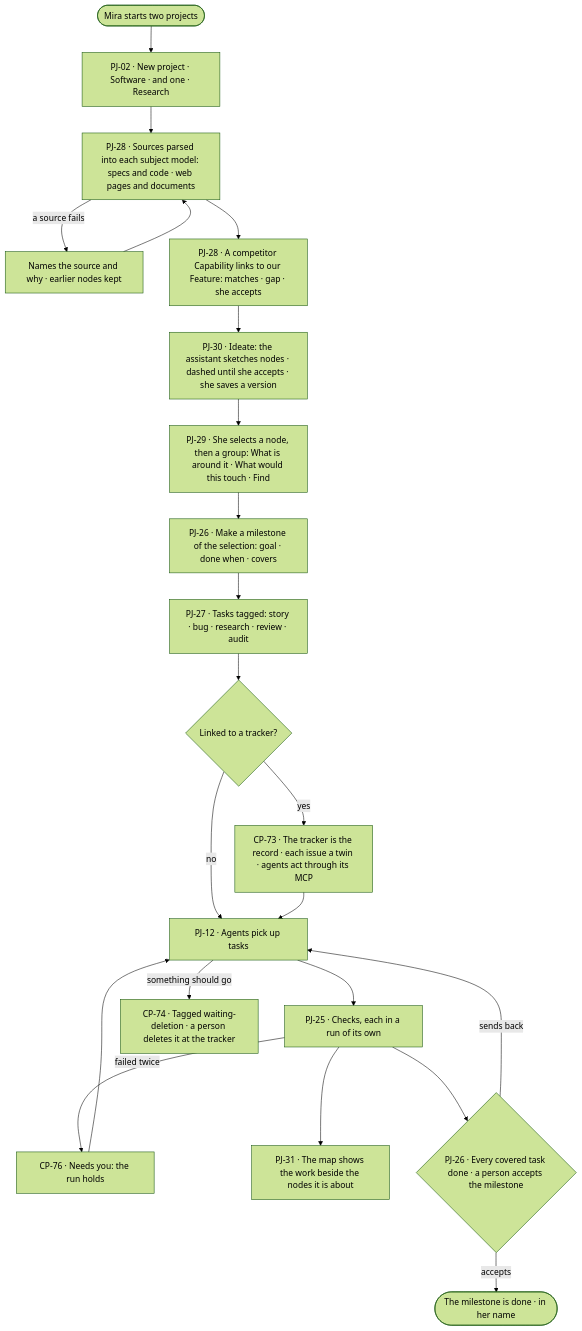
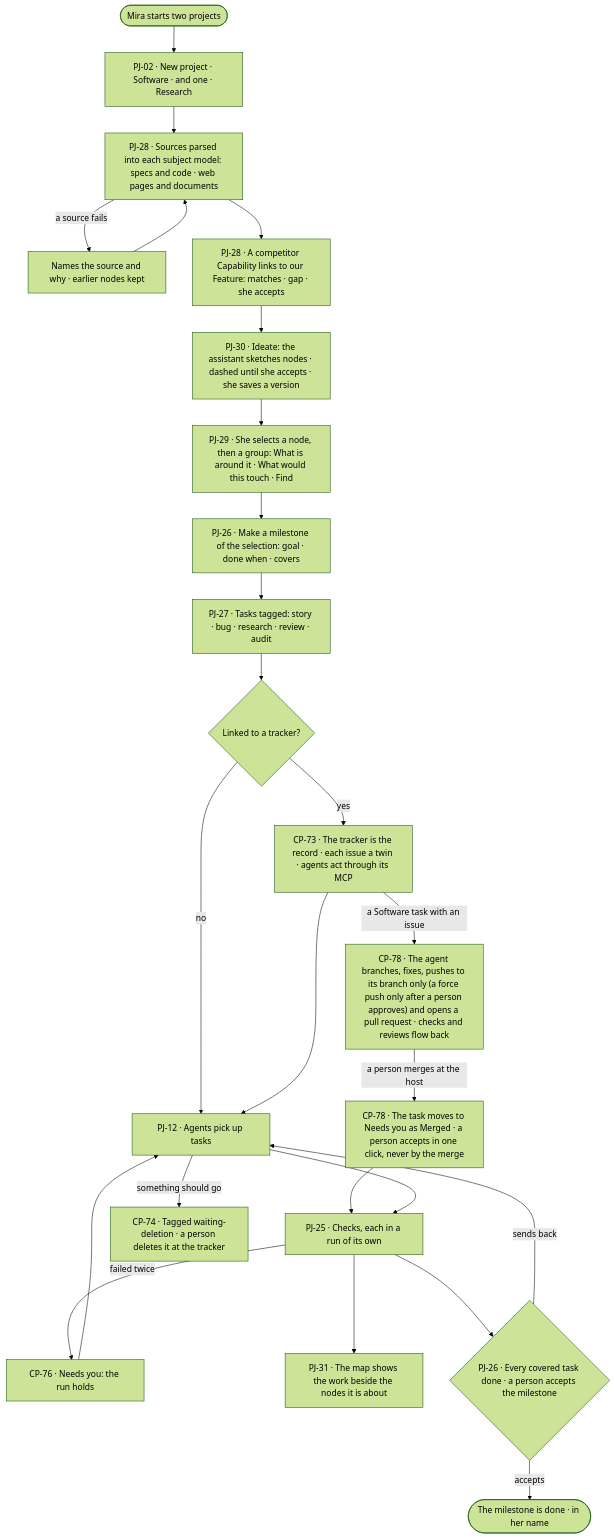
The diagram in specs/journeys/J13-plan-and-run-work-from-the-project-graph.md (invana/invana), drawn with Mermaid (forest theme) before and after one commit. The commit also changed other lines of this file and 24 other files, not shown here.

````diff
--- a/specs/journeys/J13-plan-and-run-work-from-the-project-graph.md
+++ b/specs/journeys/J13-plan-and-run-work-from-the-project-graph.md
@@ -15,23 +15,25 @@
 ```mermaid
 flowchart TD
   S([Mira starts two projects]) --> N["PJ-02 · New project · Software · and one · Research"]
   N --> SRC["PJ-28 · Sources parsed into each subject model: specs and code · web pages and documents"]
   SRC -->|a source fails| SF["Names the source and why · earlier nodes kept"] --> SRC
   SRC --> LK["PJ-28 · A competitor Capability links to our Feature: matches · gap · she accepts"]
   LK --> SK["PJ-30 · Ideate: the assistant sketches nodes · dashed until she accepts · she saves a version"]
   SK --> ASK["PJ-29 · She selects a node, then a group: What is around it · What would this touch · Find"]
   ASK --> MS["PJ-26 · Make a milestone of the selection: goal · done when · covers"]
   MS --> TG["PJ-27 · Tasks tagged: story · bug · research · review · audit"]
   TG --> TR{"Linked to a tracker?"}
   TR -->|yes| TW["CP-73 · The tracker is the record · each issue a twin · agents act through its MCP"]
   TR -->|no| PK["PJ-12 · Agents pick up tasks"]
   TW --> PK
+  TW -->|a Software task with an issue| BP["CP-78 · The agent branches, fixes, pushes to its branch only (a force push only after a person approves) and opens a pull request · checks and reviews flow back"]
+  BP -->|a person merges at the host| BM["CP-78 · The task moves to Needs you as Merged · a person accepts in one click, never by the merge"] --> CK
   PK --> CK["PJ-25 · Checks, each in a run of its own"]
   CK -->|failed twice| WT["CP-76 · Needs you: the run holds"]
   WT --> PK
   CK --> WG["PJ-31 · The map shows the work beside the nodes it is about"]
   PK -->|something should go| WD["CP-74 · Tagged waiting-deletion · a person deletes it at the tracker"]
   CK --> RV{"PJ-26 · Every covered task done · a person accepts the milestone"}
   RV -->|sends back| PK
   RV -->|accepts| OK([The milestone is done · in her name])
 ```
````
